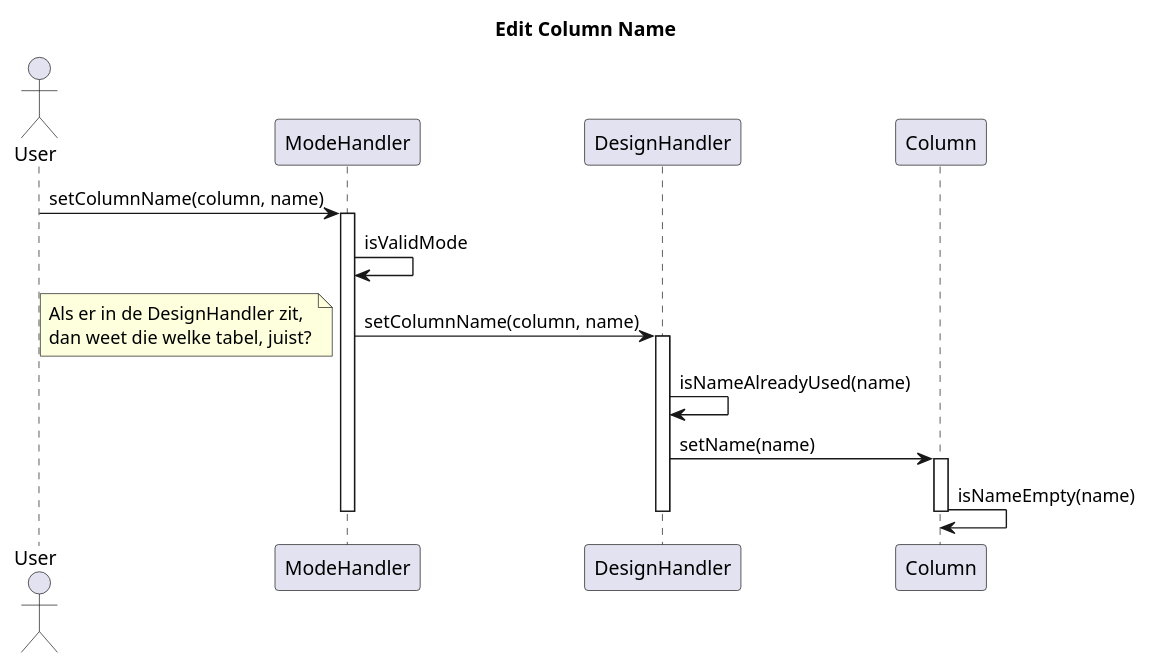
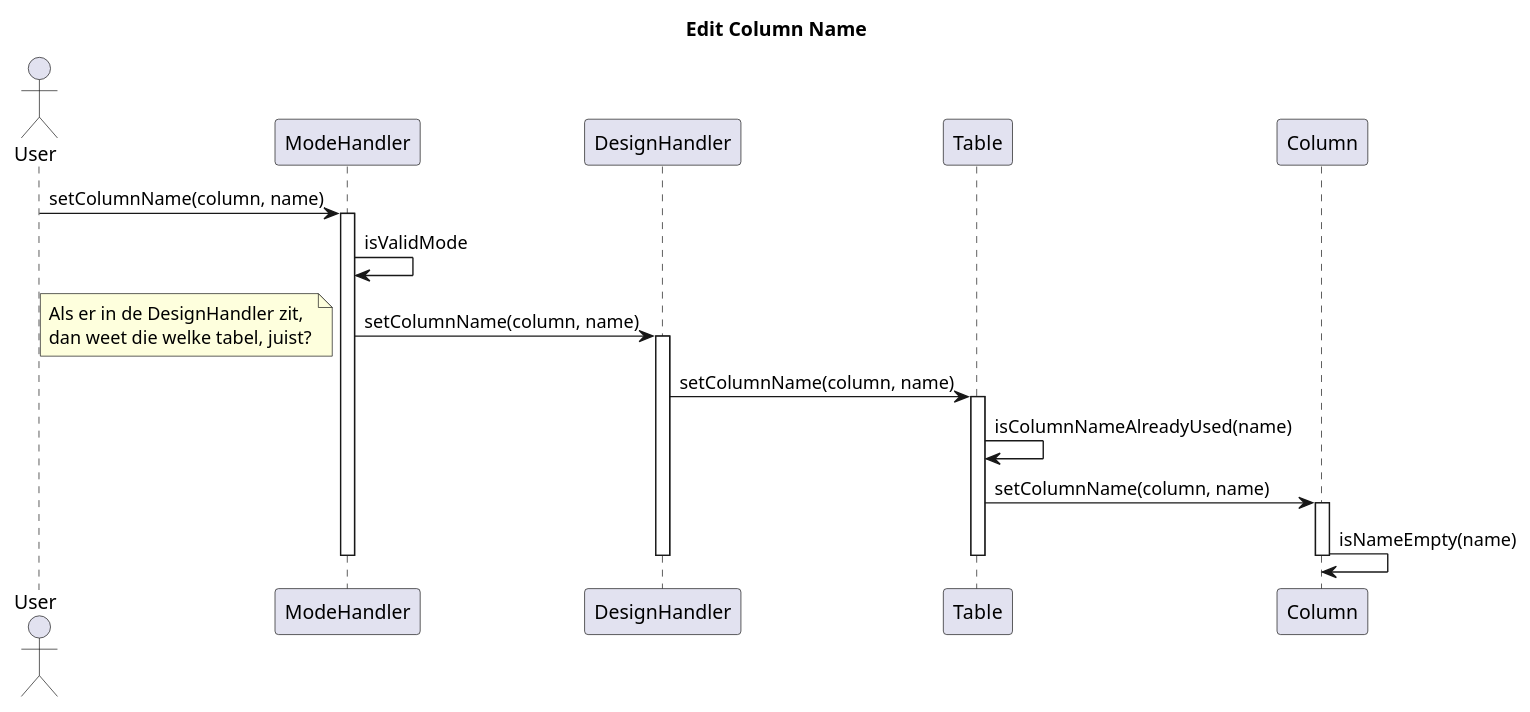
Before and after one commit to Bhamoss/softwareOntwerpProject: the diagram in diagrams/interactionDiagrams/editColumnName.puml, drawn with PlantUML. The commit also changed 2 other files, not shown here.

Commit message:
interaction sequence diagram of editColumnCharacteristic

```diff
--- a/diagrams/interactionDiagrams/editColumnName.puml
+++ b/diagrams/interactionDiagrams/editColumnName.puml
@@ -1,27 +1,31 @@
 @startuml
 title Edit Column Name
 Actor User
 
 User -> ModeHandler: setColumnName(column, name)
 Activate ModeHandler
 ModeHandler -> ModeHandler: isValidMode
 ModeHandler -> DesignHandler: setColumnName(column, name)
 Activate DesignHandler
 note left
     Als er in de DesignHandler zit,
     dan weet die welke tabel, juist?
 end note
-DesignHandler -> DesignHandler: isNameAlreadyUsed(name)
+DesignHandler -> Table: setColumnName(column, name)
+activate Table
+Table -> Table: isColumnNameAlreadyUsed(name)
 
-DesignHandler -> Column: setName(name)
+Table -> Column: setColumnName(column, name)
 Activate Column
 
 Column -> Column: isNameEmpty(name)
 
 Deactivate Column
 
+deactivate Table
+
 Deactivate DesignHandler
 
 Deactivate ModeHandler
 
 @enduml
```
